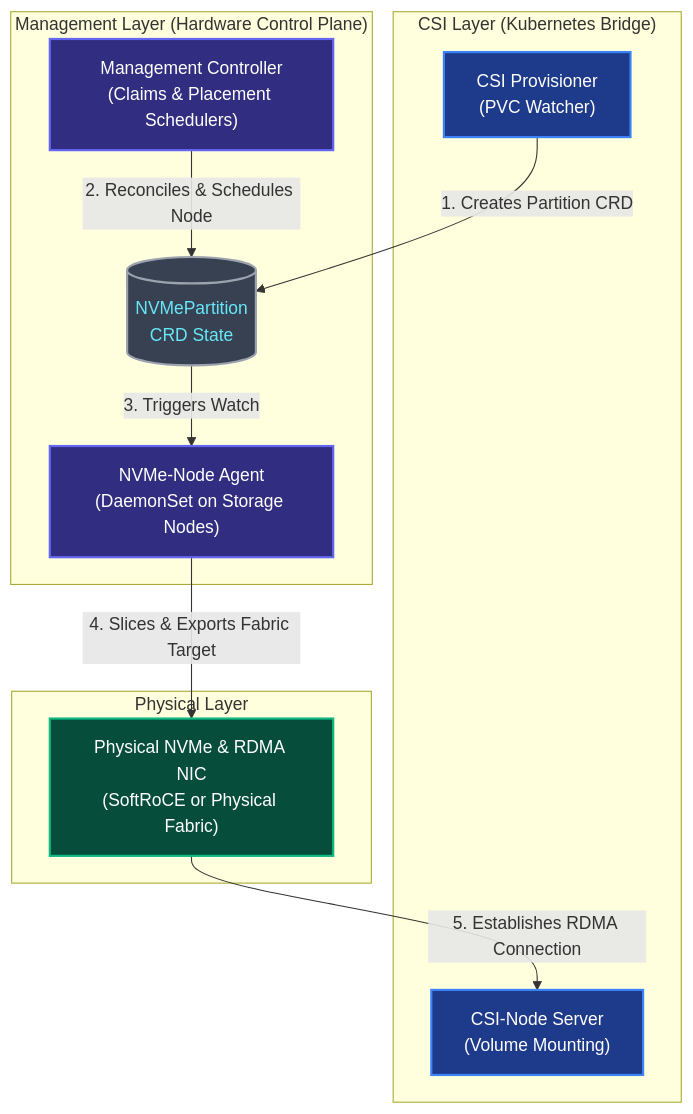
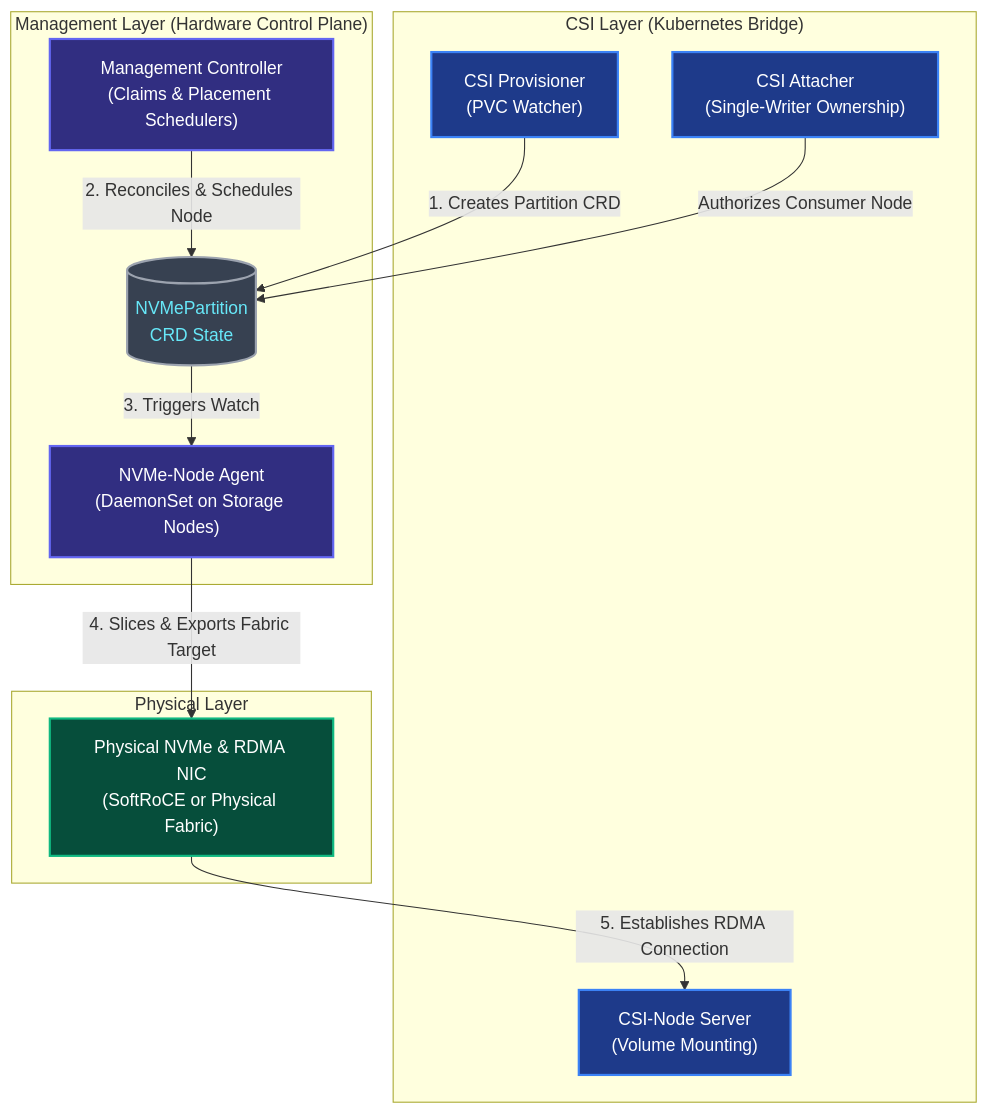
One commit to CARV-ICS-FORTH/distort changed the diagram in docs/content/architecture.md. Above: the diagram before and after it, drawn with Mermaid. The commit also changed other lines of this file and 49 other files, not shown here.

````diff
--- a/docs/content/architecture.md
+++ b/docs/content/architecture.md
@@ -26,37 +26,39 @@
 ```mermaid
 graph TD
     %% Define Styles
     classDef csiLayer fill:#1e3a8a,stroke:#3b82f6,stroke-width:2px,color:#fff;
     classDef mgmtLayer fill:#312e81,stroke:#6366f1,stroke-width:2px,color:#fff;
     classDef crdClass fill:#374151,stroke:#9ca3af,stroke-width:2px,color:#67e8f9;
     classDef hardwareClass fill:#064e3b,stroke:#10b981,stroke-width:2px,color:#fff;
 
     %% Subgraphs for Logical Layers
     subgraph CSILayer ["CSI Layer (Kubernetes Bridge)"]
         csiprov["CSI Provisioner<br/>(PVC Watcher)"]
+        csiattach["CSI Attacher<br/>(Single-Writer Ownership)"]
         csinode["CSI-Node Server<br/>(Volume Mounting)"]
     end
 
     subgraph MgmtLayer ["Management Layer (Hardware Control Plane)"]
         mgmt["Management Controller<br/>(Claims & Placement Schedulers)"]
         crd1[("NVMePartition<br/>CRD State")]
         agent["NVMe-Node Agent<br/>(DaemonSet on Storage Nodes)"]
     end
 
     subgraph HW ["Physical Layer"]
         hw["Physical NVMe & RDMA NIC<br/>(SoftRoCE or Physical Fabric)"]
     end
 
     %% Interactions
     csiprov -->|"1. Creates Partition CRD"| crd1
+    csiattach -->|"Authorizes Consumer Node"| crd1
     mgmt -->|"2. Reconciles & Schedules Node"| crd1
     crd1 -->|"3. Triggers Watch"| agent
     agent -->|"4. Slices & Exports Fabric Target"| hw
     hw -->|"5. Establishes RDMA Connection"| csinode
 
     %% Assign styles
-    class csiprov,csinode csiLayer;
+    class csiprov,csiattach,csinode csiLayer;
     class mgmt,agent mgmtLayer;
     class crd1 crdClass;
     class hw hardwareClass;
 ```
````
